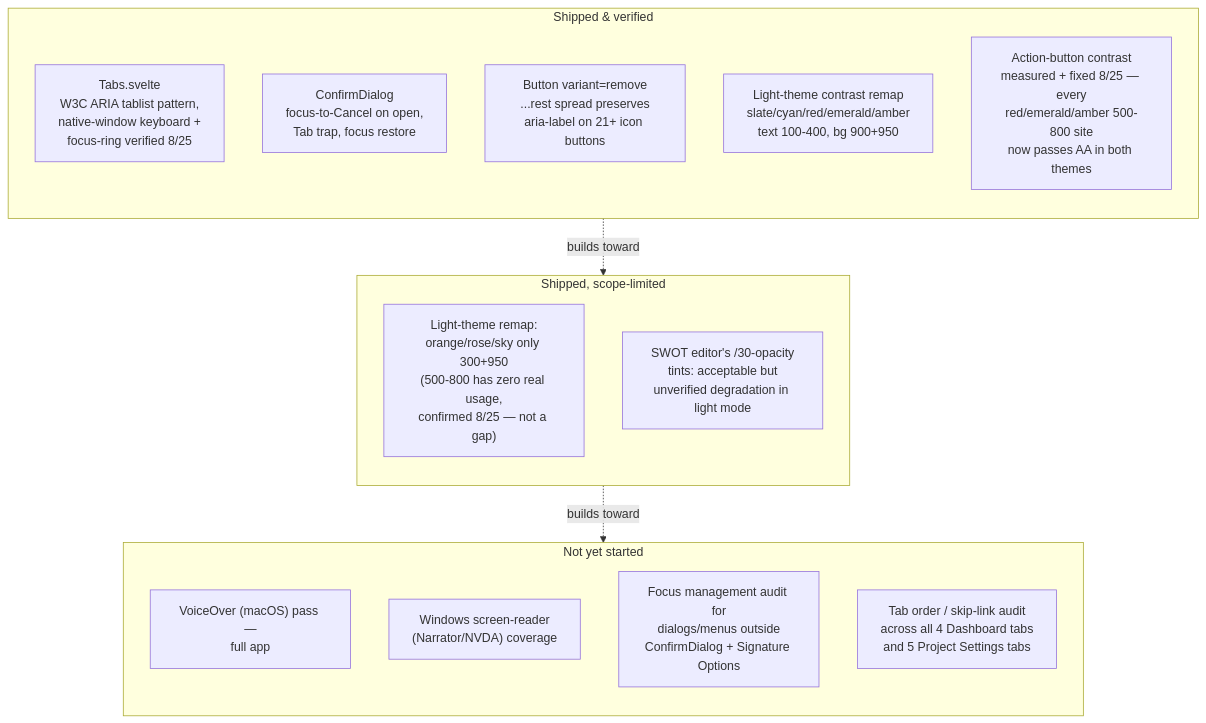
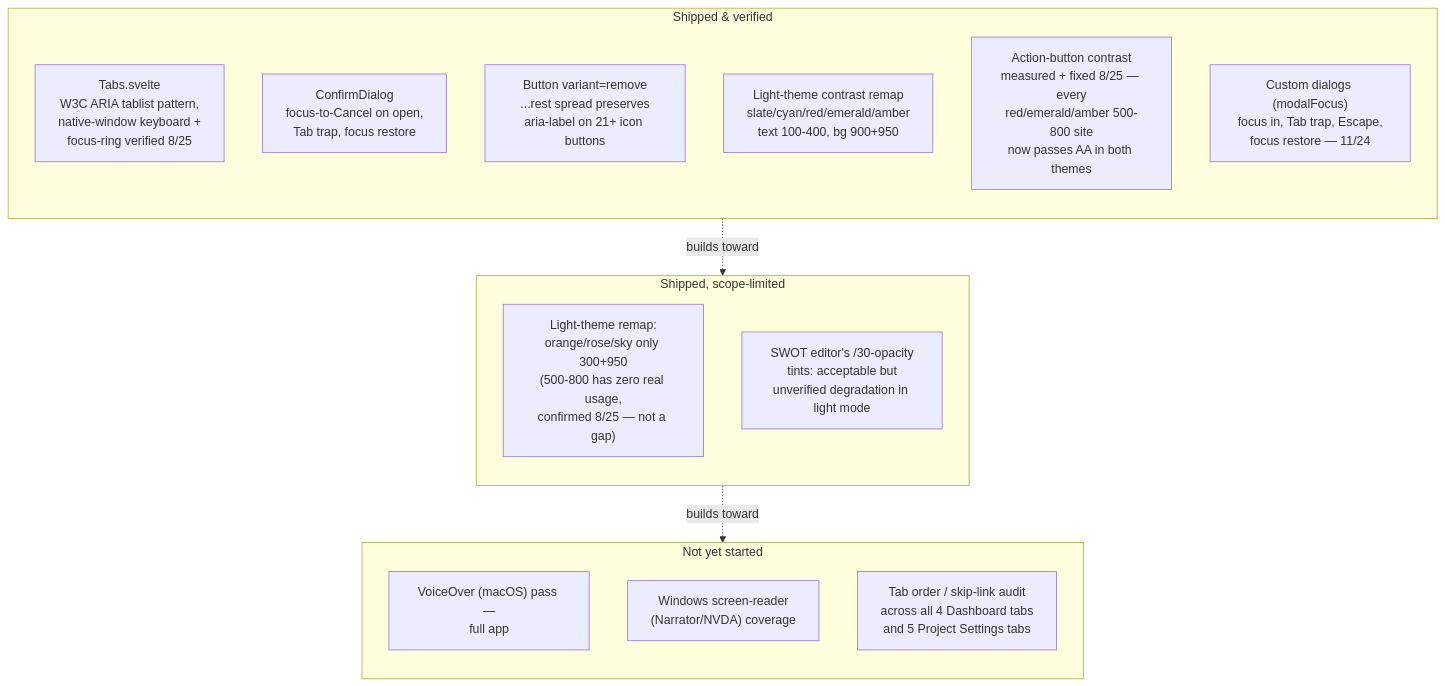
The diagram in docs/design/accessibility-remaining-work-plan.md (draconianneocoder-cpu/GoPMgr), drawn with Mermaid before and after one commit. The commit also changed other lines of this file and 19 other files, not shown here.

````diff
--- a/docs/design/accessibility-remaining-work-plan.md
+++ b/docs/design/accessibility-remaining-work-plan.md
@@ -34,25 +34,25 @@
 ```mermaid
 flowchart TB
     subgraph shipped["Shipped & verified"]
         direction TB
         S1["Tabs.svelte<br/>W3C ARIA tablist pattern,<br/>native-window keyboard +<br/>focus-ring verified 8/25"]
         S2["ConfirmDialog<br/>focus-to-Cancel on open,<br/>Tab trap, focus restore"]
         S3["Button variant=remove<br/>...rest spread preserves<br/>aria-label on 21+ icon buttons"]
         S4["Light-theme contrast remap<br/>slate/cyan/red/emerald/amber<br/>text 100-400, bg 900+950"]
         S5["Action-button contrast<br/>measured + fixed 8/25 — every<br/>red/emerald/amber 500-800 site<br/>now passes AA in both themes"]
+        S6["Custom dialogs (modalFocus)<br/>focus in, Tab trap, Escape,<br/>focus restore — 11/24"]
     end
     subgraph partial["Shipped, scope-limited"]
         direction TB
         P1["Light-theme remap:<br/>orange/rose/sky only 300+950<br/>(500-800 has zero real usage,<br/>confirmed 8/25 — not a gap)"]
         P3["SWOT editor's /30-opacity<br/>tints: acceptable but<br/>unverified degradation in light mode"]
     end
     subgraph missing["Not yet started"]
         direction TB
         M2["VoiceOver (macOS) pass —<br/>full app"]
         M3["Windows screen-reader<br/>(Narrator/NVDA) coverage"]
-        M4["Focus management audit for<br/>dialogs/menus outside<br/>ConfirmDialog + Signature Options"]
         M5["Tab order / skip-link audit<br/>across all 4 Dashboard tabs<br/>and 5 Project Settings tabs"]
     end
     shipped -.->|"builds toward"| partial
     partial -.->|"builds toward"| missing
 ```
````
